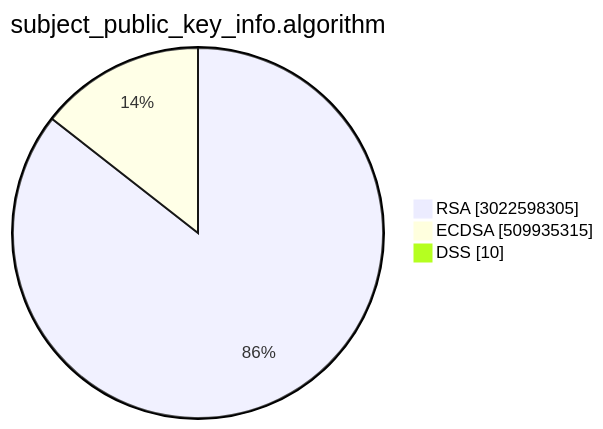
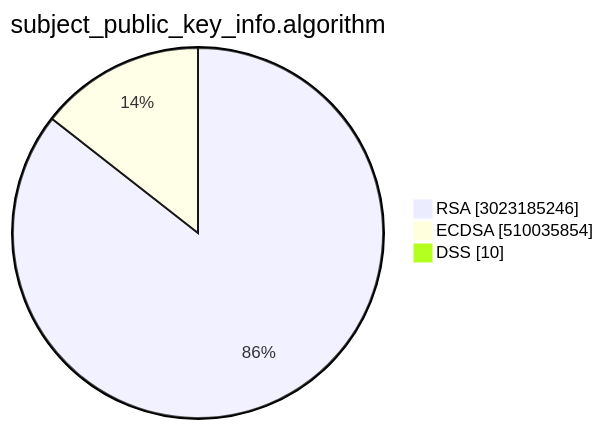
The second of 15 diagrams in TOTAL/README.md (christiankrug/ctmonitor_visualization), drawn with Mermaid before and after one commit. The commit also changed other lines of this file, not shown here.

````diff
--- a/TOTAL/README.md
+++ b/TOTAL/README.md
@@ -6,7 +6,7 @@
 ```mermaid
 pie showData
 title subject_public_key_info.algorithm
-"RSA" :3022598305
-"ECDSA" :509935315
+"RSA" :3023185246
+"ECDSA" :510035854
 "DSS" :10
 ```
````
